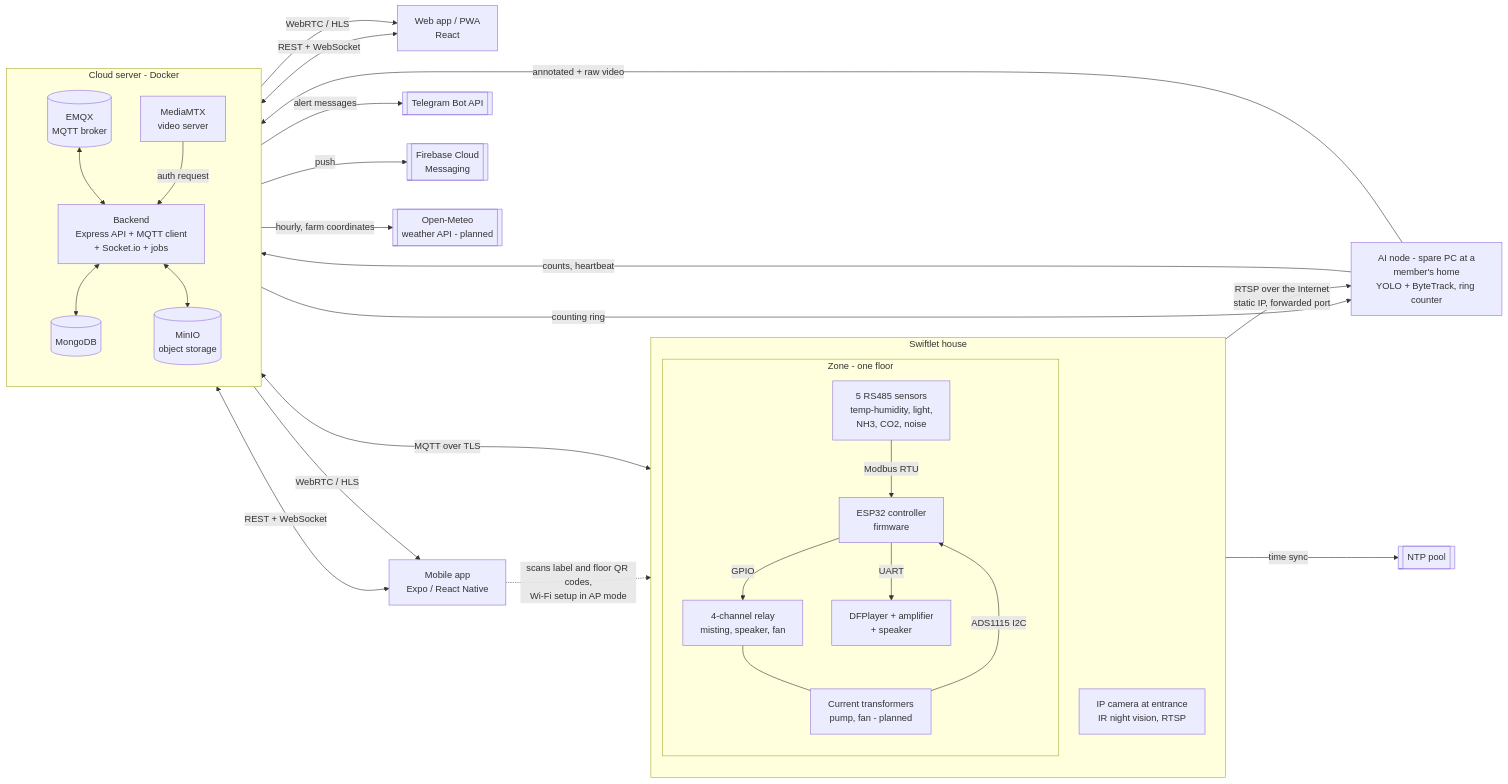
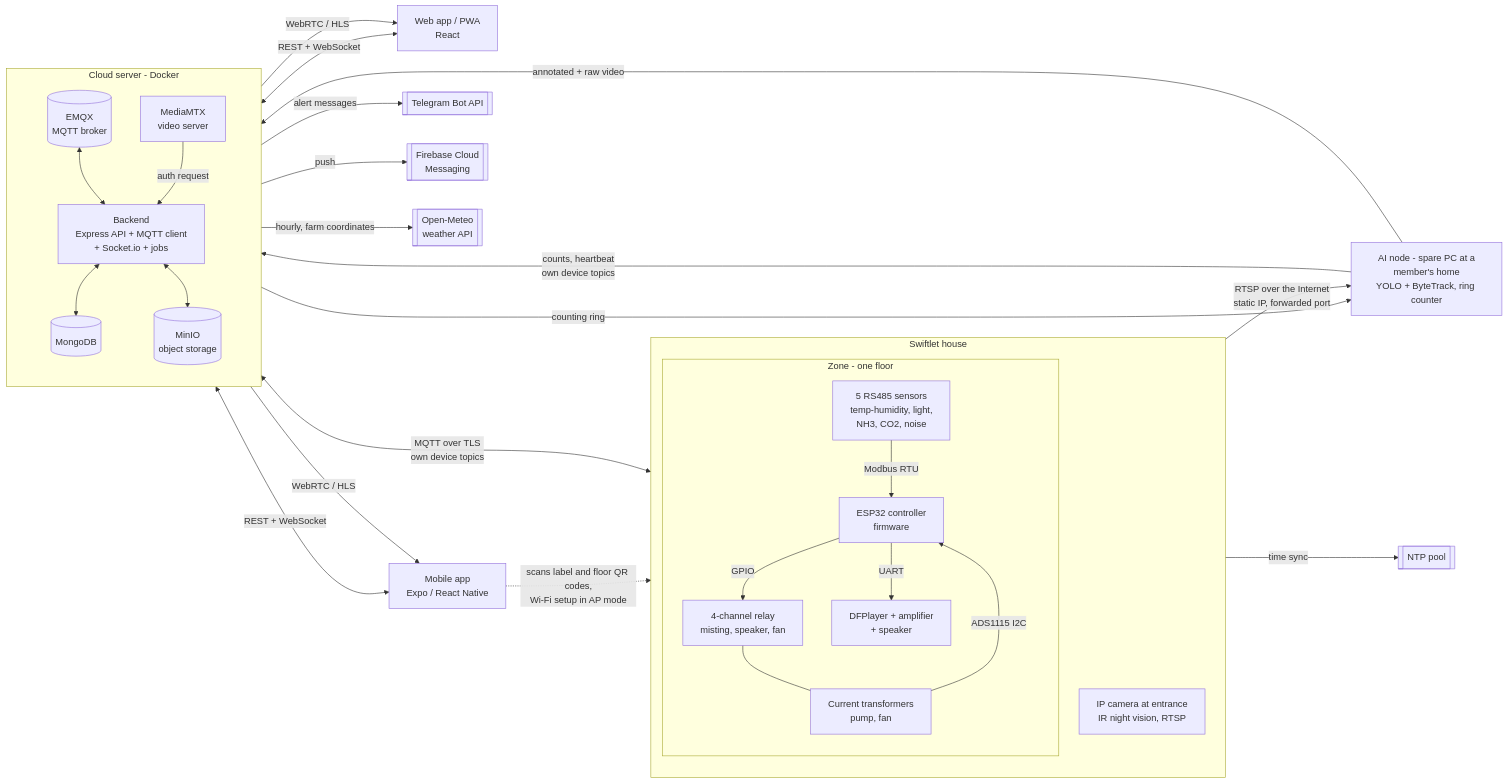
The first of 35 diagrams in docs/reports/report4-sdd.md (NBao261/SwiftletCare_KLTN), drawn with Mermaid before and after one commit. The commit also changed other lines of this file and 21 other files, not shown here.

````diff
--- a/docs/reports/report4-sdd.md
+++ b/docs/reports/report4-sdd.md
@@ -62,53 +63,53 @@
 ```mermaid
 flowchart LR
   subgraph HOUSE[Swiftlet house]
     direction TB
     subgraph ZONE[Zone - one floor]
       S[5 RS485 sensors<br/>temp-humidity, light,<br/>NH3, CO2, noise]
       ESP[ESP32 controller<br/>firmware]
       R[4-channel relay<br/>misting, speaker, fan]
       SPK[DFPlayer + amplifier<br/>+ speaker]
-      CT[Current transformers<br/>pump, fan - planned]
+      CT[Current transformers<br/>pump, fan]
       S -- Modbus RTU --> ESP
       ESP -- GPIO --> R
       ESP -- UART --> SPK
       R --- CT
       CT -- ADS1115 I2C --> ESP
     end
     CAM[IP camera at entrance<br/>IR night vision, RTSP]
   end
   AINODE[AI node - spare PC at a<br/>member's home<br/>YOLO + ByteTrack, ring counter]
   subgraph CLOUD[Cloud server - Docker]
     direction TB
     EMQX[(EMQX<br/>MQTT broker)]
     API[Backend<br/>Express API + MQTT client<br/>+ Socket.io + jobs]
     DB[(MongoDB)]
     MINIO[(MinIO<br/>object storage)]
     MTX[MediaMTX<br/>video server]
   end
   WEB[Web app / PWA<br/>React]
   MOB[Mobile app<br/>Expo / React Native]
   TG[[Telegram Bot API]]
   FCM[[Firebase Cloud<br/>Messaging]]
   NTP[[NTP pool]]
-  WX[[Open-Meteo<br/>weather API - planned]]
+  WX[[Open-Meteo<br/>weather API]]
 
-  ESP <-- MQTT over TLS --> EMQX
+  ESP <-- MQTT over TLS<br/>own device topics --> EMQX
   CAM -- RTSP over the Internet<br/>static IP, forwarded port --> AINODE
-  AINODE -- counts, heartbeat --> EMQX
+  AINODE -- counts, heartbeat<br/>own device topics --> EMQX
   EMQX -- counting ring --> AINODE
   AINODE -- annotated + raw video --> MTX
   EMQX <--> API
   API <--> DB
   API <--> MINIO
   MTX -- auth request --> API
   API <-- REST + WebSocket --> WEB
   API <-- REST + WebSocket --> MOB
   MTX -- WebRTC / HLS --> WEB
   MTX -- WebRTC / HLS --> MOB
   API -- alert messages --> TG
   API -- push --> FCM
   ESP -- time sync --> NTP
   API -- hourly, farm coordinates --> WX
   MOB -. scans label and floor QR codes,<br/>Wi-Fi setup in AP mode .-> ESP
 ```
````
